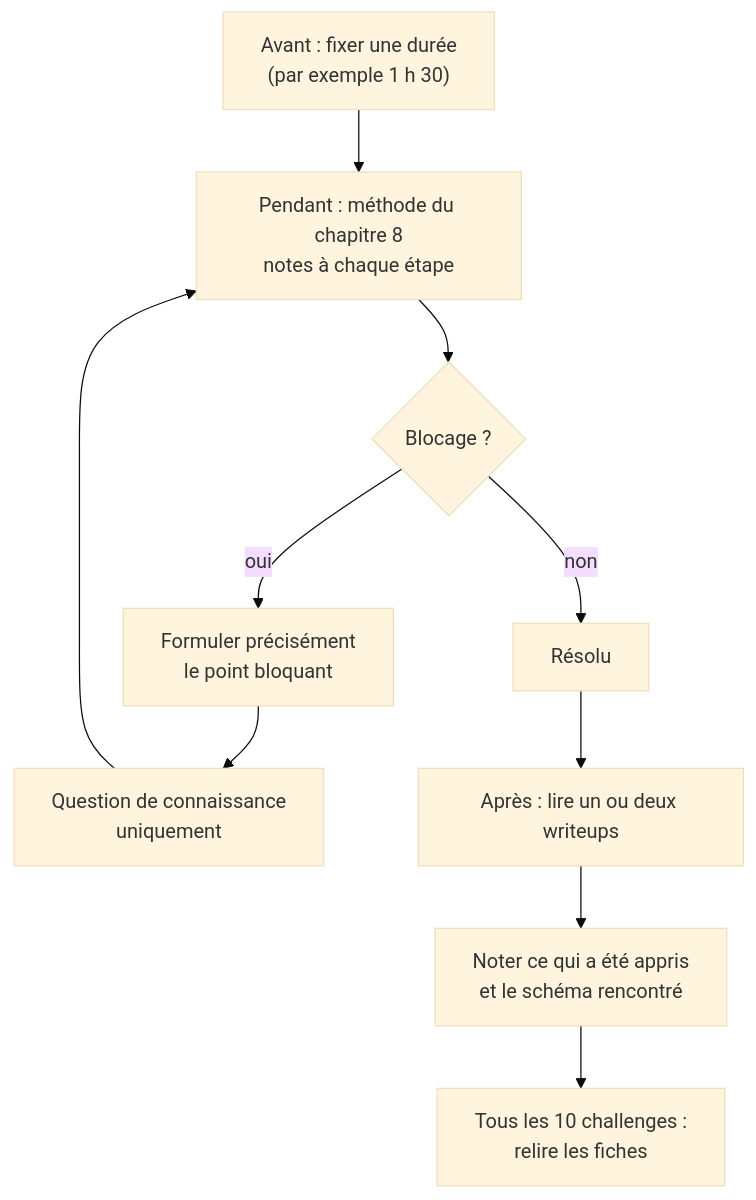
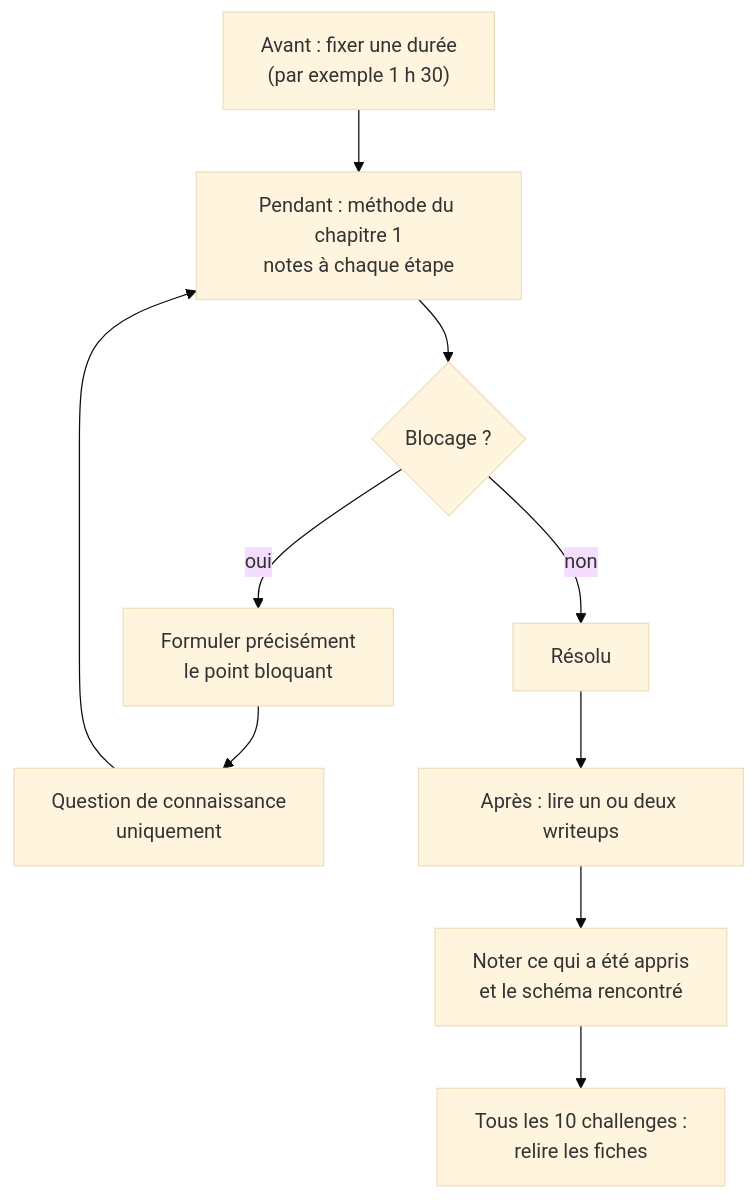
One commit to cchopin/asm-to-reverse changed the diagram in docs/partie2-reverse/14-et-apres.md. Above: the diagram before and after it, drawn with Mermaid (base theme). The commit also changed other lines of this file and 59 other files, not shown here.

````diff
--- a/docs/partie2-reverse/14-et-apres.md
+++ b/docs/partie2-reverse/14-et-apres.md
@@ -9,12 +9,12 @@
 ```mermaid
 flowchart TD
-    A["Avant : fixer une durée<br/>(par exemple 1 h 30)"] --> B["Pendant : méthode du chapitre 8<br/>notes à chaque étape"]
+    A["Avant : fixer une durée<br/>(par exemple 1 h 30)"] --> B["Pendant : méthode du chapitre 1<br/>notes à chaque étape"]
     B --> C{"Blocage ?"}
     C -- "oui" --> D["Formuler précisément<br/>le point bloquant"]
     D --> E["Question de connaissance<br/>uniquement"]
     E --> B
     C -- "non" --> F["Résolu"]
     F --> G["Après : lire un ou deux writeups"]
     G --> H["Noter ce qui a été appris<br/>et le schéma rencontré"]
     H --> I["Tous les 10 challenges :<br/>relire les fiches"]
 ```
````
